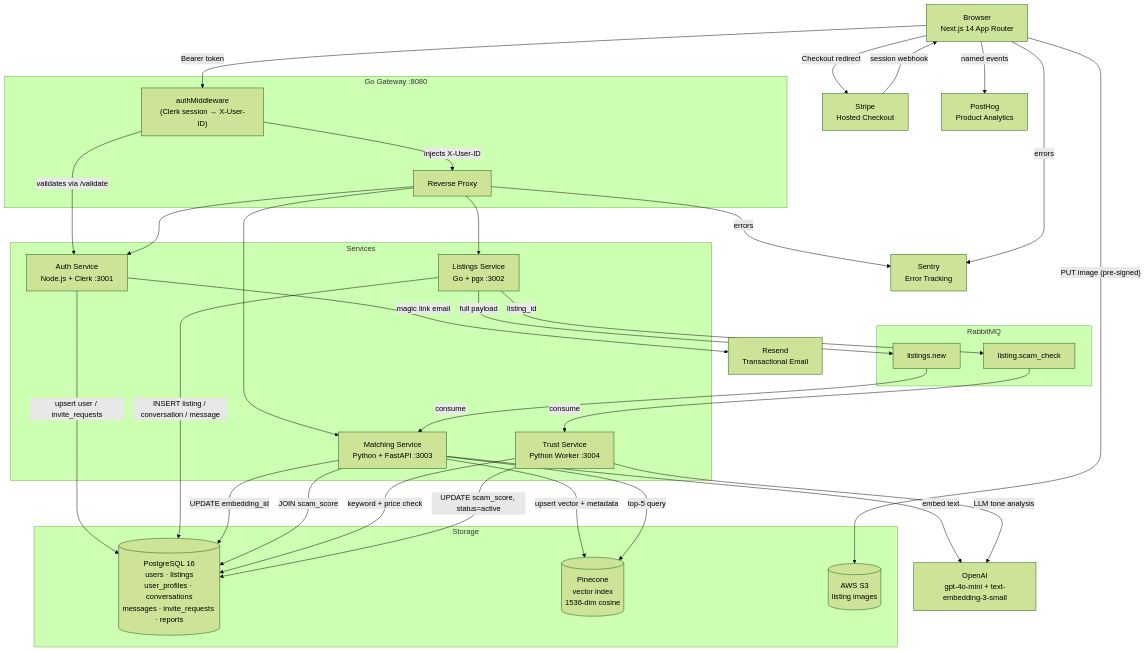
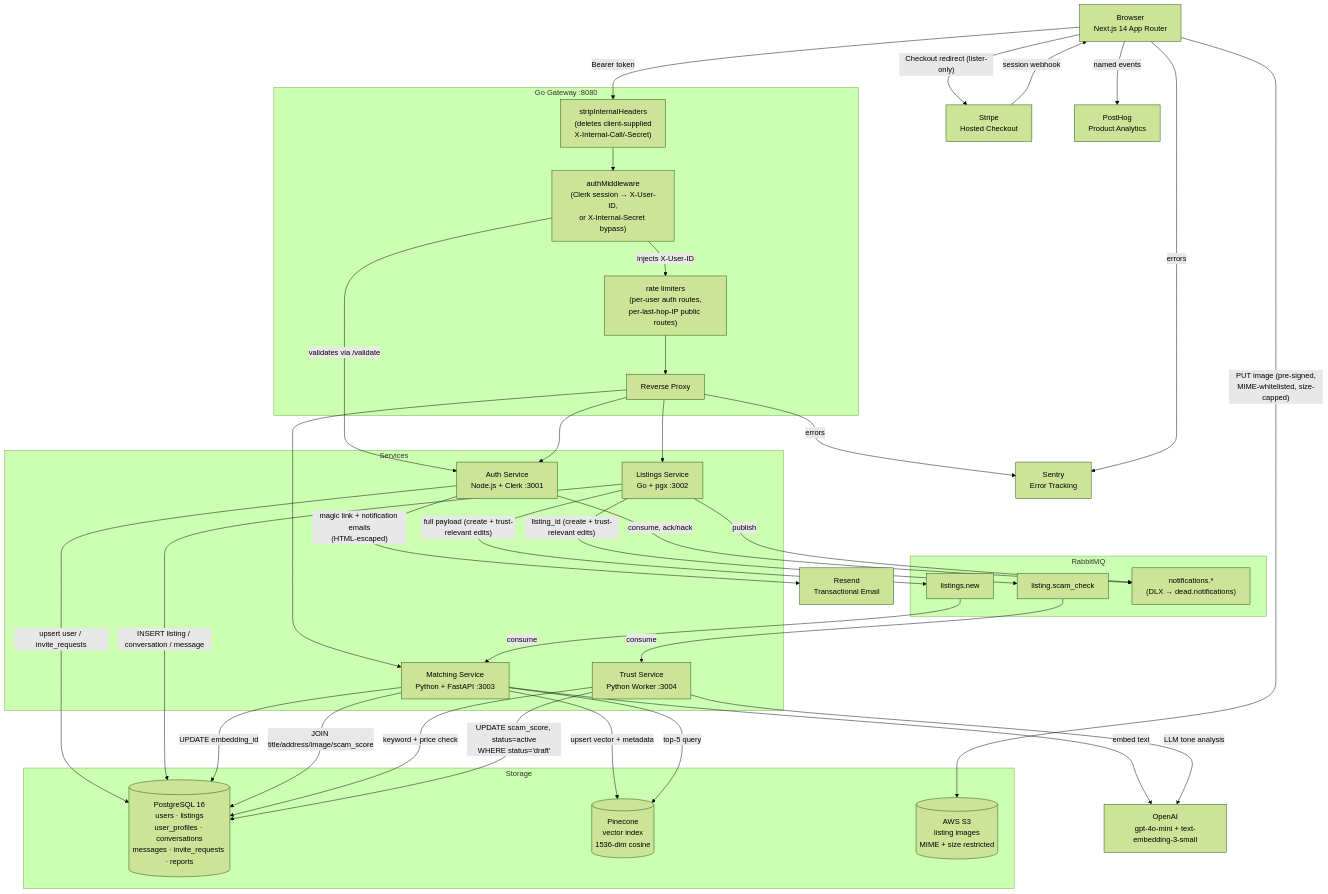
One commit to AarushPathak1/Subly changed the diagram in README.md. Above: the diagram before and after it, drawn with Mermaid (forest theme). The commit also changed other lines of this file and 57 other files, not shown here.

````diff
--- a/README.md
+++ b/README.md
@@ -9,67 +9,74 @@
 ```mermaid
 graph TD
     Browser["Browser\nNext.js 14 App Router"]
 
     subgraph Gateway["Go Gateway :8080"]
-        AUTH_MW["authMiddleware\n(Clerk session → X-User-ID)"]
+        STRIP["stripInternalHeaders\n(deletes client-supplied\nX-Internal-Call/-Secret)"]
+        AUTH_MW["authMiddleware\n(Clerk session → X-User-ID,\nor X-Internal-Secret bypass)"]
+        RATE["rate limiters\n(per-user auth routes,\nper-last-hop-IP public routes)"]
         PROXY["Reverse Proxy"]
     end
 
     subgraph Services
         AUTH["Auth Service\nNode.js + Clerk :3001"]
         LISTINGS["Listings Service\nGo + pgx :3002"]
         MATCHING["Matching Service\nPython + FastAPI :3003"]
         TRUST["Trust Service\nPython Worker :3004"]
     end
 
     subgraph Queues["RabbitMQ"]
         Q1["listings.new"]
         Q2["listing.scam_check"]
+        Q3["notifications.*\n(DLX → dead.notifications)"]
     end
 
     subgraph Storage
         PG[("PostgreSQL 16\nusers · listings\nuser_profiles · conversations\nmessages · invite_requests · reports")]
         PINECONE[("Pinecone\nvector index\n1536-dim cosine")]
-        S3[("AWS S3\nlisting images")]
+        S3[("AWS S3\nlisting images\nMIME + size restricted")]
     end
 
     STRIPE["Stripe\nHosted Checkout"]
     RESEND["Resend\nTransactional Email"]
     OPENAI["OpenAI\ngpt-4o-mini + text-embedding-3-small"]
     POSTHOG["PostHog\nProduct Analytics"]
     SENTRY["Sentry\nError Tracking"]
 
-    Browser -->|"Bearer token"| AUTH_MW
+    Browser -->|"Bearer token"| STRIP
+    STRIP --> AUTH_MW
     AUTH_MW -->|"validates via /validate"| AUTH
-    AUTH_MW -->|"injects X-User-ID"| PROXY
+    AUTH_MW -->|"injects X-User-ID"| RATE
+    RATE --> PROXY
     PROXY --> AUTH
     PROXY --> LISTINGS
     PROXY --> MATCHING
 
     AUTH -->|"upsert user / invite_requests"| PG
-    AUTH -->|"magic link email"| RESEND
+    AUTH -->|"magic link + notification emails\n(HTML-escaped)"| RESEND
+    AUTH -->|"consume, ack/nack"| Q3
 
     LISTINGS -->|"INSERT listing / conversation / message"| PG
-    LISTINGS -->|"full payload"| Q1
-    LISTINGS -->|"listing_id"| Q2
+    LISTINGS -->|"full payload (create + trust-relevant edits)"| Q1
+    LISTINGS -->|"listing_id (create + trust-relevant edits)"| Q2
+    LISTINGS -->|"publish"| Q3
 
     Q1 -->|"consume"| MATCHING
     MATCHING -->|"embed text"| OPENAI
     MATCHING -->|"upsert vector + metadata"| PINECONE
     MATCHING -->|"UPDATE embedding_id"| PG
     MATCHING -->|"top-5 query"| PINECONE
-    MATCHING -->|"JOIN scam_score"| PG
+    MATCHING -->|"JOIN title/address/image/scam_score"| PG
 
     Q2 -->|"consume"| TRUST
     TRUST -->|"keyword + price check"| PG
     TRUST -->|"LLM tone analysis"| OPENAI
-    TRUST -->|"UPDATE scam_score, status=active"| PG
+    TRUST -->|"UPDATE scam_score, status=active\nWHERE status='draft'"| PG
 
-    Browser -->|"PUT image (pre-signed)"| S3
-    Browser -->|"Checkout redirect"| STRIPE
+    Browser -->|"PUT image (pre-signed,\nMIME-whitelisted, size-capped)"| S3
+    Browser -->|"Checkout redirect (lister-only)"| STRIPE
     STRIPE -->|"session webhook"| Browser
 
     Browser -->|"named events"| POSTHOG
     PROXY -->|"errors"| SENTRY
     Browser -->|"errors"| SENTRY
 ```
````
